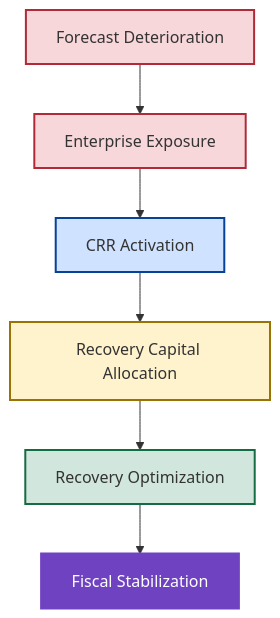
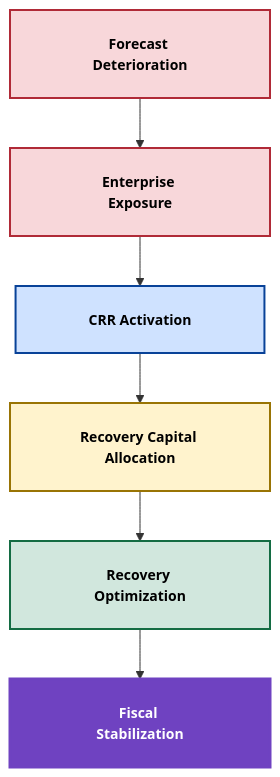
One commit to AwesomeAnil/newbridge-saas-operating-system changed the first of 4 diagrams in 08_CRR_Optimization/central-risk-reserve.md. Above: the diagram before and after it, drawn with Mermaid. The commit also changed other lines of this file, not shown here.

````diff
--- a/08_CRR_Optimization/central-risk-reserve.md
+++ b/08_CRR_Optimization/central-risk-reserve.md
@@ -129,26 +129,31 @@
 ```mermaid
 flowchart TD
+    A["<div style='padding: 8px 30px; font-size: 14px;'><b>Forecast Deterioration</b></div>"]
+    B["<div style='padding: 8px 33px; font-size: 14px;'><b>Enterprise Exposure</b></div>"]
+    C["<div style='padding: 8px 43px; font-size: 14px;'><b>CRR Activation</b></div>"]
+    D["<div style='padding: 8px 10px; font-size: 14px;'><b>Recovery Capital Allocation</b></div>"]
+    E["<div style='padding: 8px 31px; font-size: 14px;'><b>Recovery Optimization</b></div>"]
+    F["<div style='padding: 8px 40px; font-size: 14px;'><b>Fiscal Stabilization</b></div>"]
 
-A["Forecast Deterioration"]
+    A --> B
+    B --> C
+    C --> D
+    D --> E
+    E --> F
 
---> B["Enterprise Exposure"]
+    %% Color Styling %%
+    classDef styleA fill:#f8d7da,stroke:#b02a37,stroke-width:2px,color:#000000;
+    classDef styleB fill:#f8d7da,stroke:#b02a37,stroke-width:2px,color:#000000;
+    classDef styleC fill:#cfe2ff,stroke:#084298,stroke-width:2px,color:#000000;
+    classDef styleD fill:#fff3cd,stroke:#997404,stroke-width:2px,color:#000000;
+    classDef styleE fill:#d1e7dd,stroke:#146c43,stroke-width:2px,color:#000000;
+    classDef styleF fill:#6f42c1,stroke:#6f42c1,stroke-width:3px,color:#ffffff;
 
---> C["CRR Activation"]
-
---> D["Recovery Capital Allocation"]
-
---> E["Recovery Optimization"]
-
---> F["Fiscal Stabilization"]
-
-style A fill:#f8d7da,stroke:#b02a37,stroke-width:2px
-style B fill:#f8d7da,stroke:#b02a37,stroke-width:2px
-
-style C fill:#cfe2ff,stroke:#084298,stroke-width:2px
-
-style D fill:#fff3cd,stroke:#997404,stroke-width:2px
-
-style E fill:#d1e7dd,stroke:#146c43,stroke-width:2px
-
-style F fill:#6f42c1,color:#ffffff,stroke:#6f42c1,stroke-width:3px
+    %% Applying styles to nodes %%
+    class A styleA;
+    class B styleB;
+    class C styleC;
+    class D styleD;
+    class E styleE;
+    class F styleF;
 ```
````
